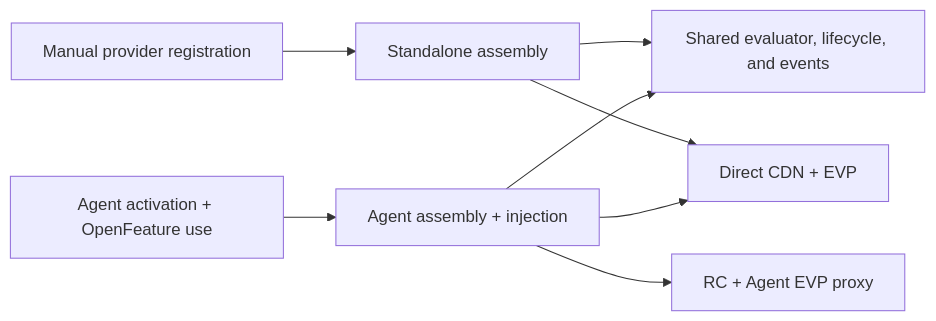
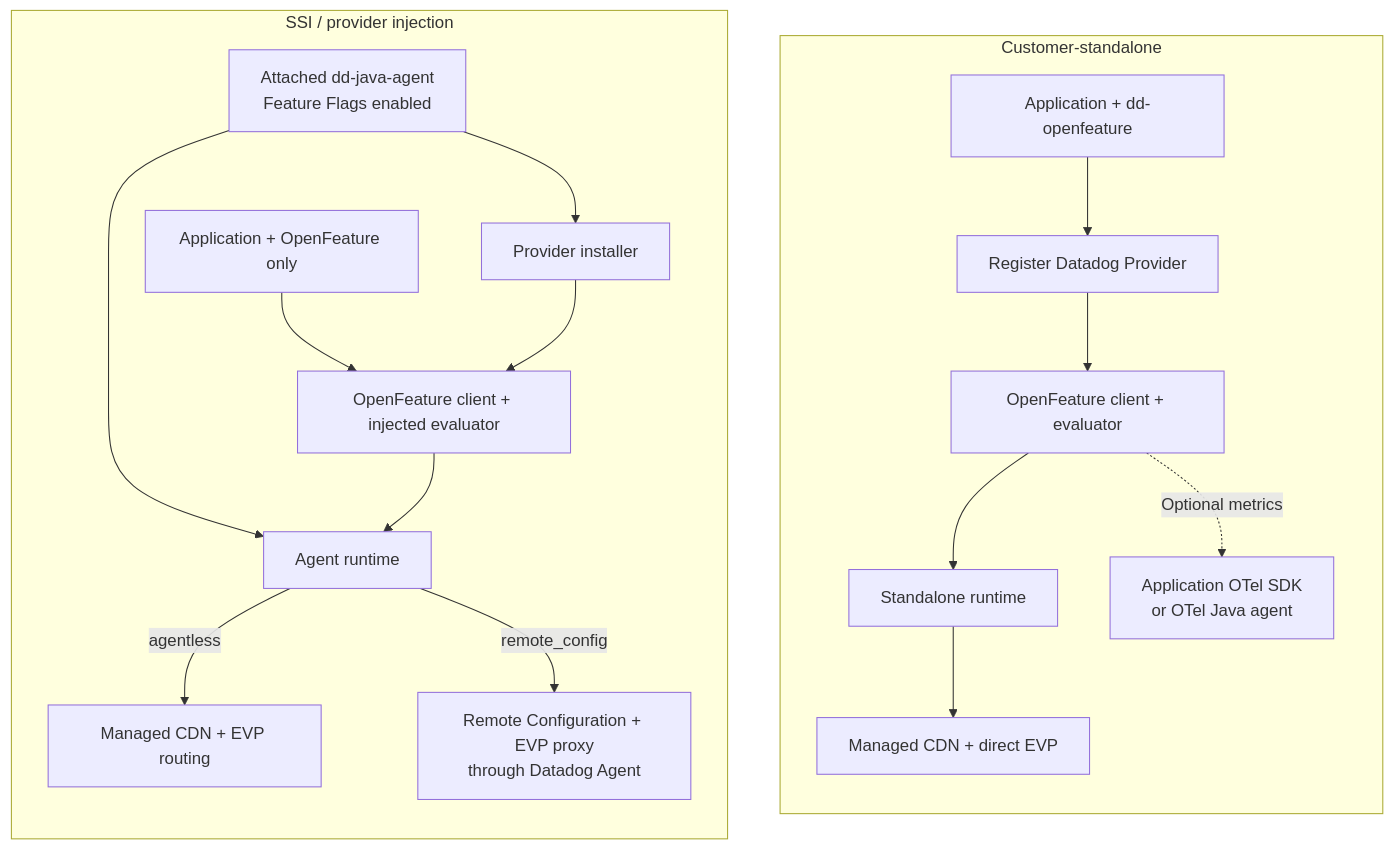
Before and after one commit to DataDog/dd-trace-java: the first of 2 diagrams in docs/feature-flags-migration-rfc.md, drawn with Mermaid. The commit also changed other lines of this file, not shown here.

Commit message:
Add artifact and customer entrypoint charts to the Feature Flags RFC

````diff
--- a/docs/feature-flags-migration-rfc.md
+++ b/docs/feature-flags-migration-rfc.md
@@ -54,10 +26,22 @@
 ```mermaid
-flowchart LR
-  M["Manual provider registration"] --> S["Standalone assembly"]
-  I["Agent activation + OpenFeature use"] --> A["Agent assembly + injection"]
-  S --> C["Shared evaluator, lifecycle, and events"]
-  A --> C
-  S --> D["Direct CDN + EVP"]
-  A --> D
-  A --> R["RC + Agent EVP proxy"]
+flowchart TB
+  subgraph Standalone["Customer-standalone"]
+    direction TB
+    APP1["Application + dd-openfeature"] --> REG["Register Datadog Provider"]
+    REG --> OF1["OpenFeature client + evaluator"]
+    OF1 --> SR["Standalone runtime"]
+    SR --> DIRECT1["Managed CDN + direct EVP"]
+    OF1 -. "Optional metrics" .-> OTEL["Application OTel SDK<br/>or OTel Java agent"]
+  end
+
+  subgraph SSI["SSI / provider injection"]
+    direction TB
+    APP2["Application + OpenFeature only"] --> OF2["OpenFeature client + injected evaluator"]
+    JAGENT["Attached dd-java-agent<br/>Feature Flags enabled"] --> INSTALL["Provider installer"]
+    INSTALL --> OF2
+    JAGENT --> AR["Agent runtime"]
+    OF2 --> AR
+    AR -->|agentless| DIRECT2["Managed CDN + EVP routing"]
+    AR -->|remote_config| RC["Remote Configuration + EVP proxy<br/>through Datadog Agent"]
+  end
 ```
````
